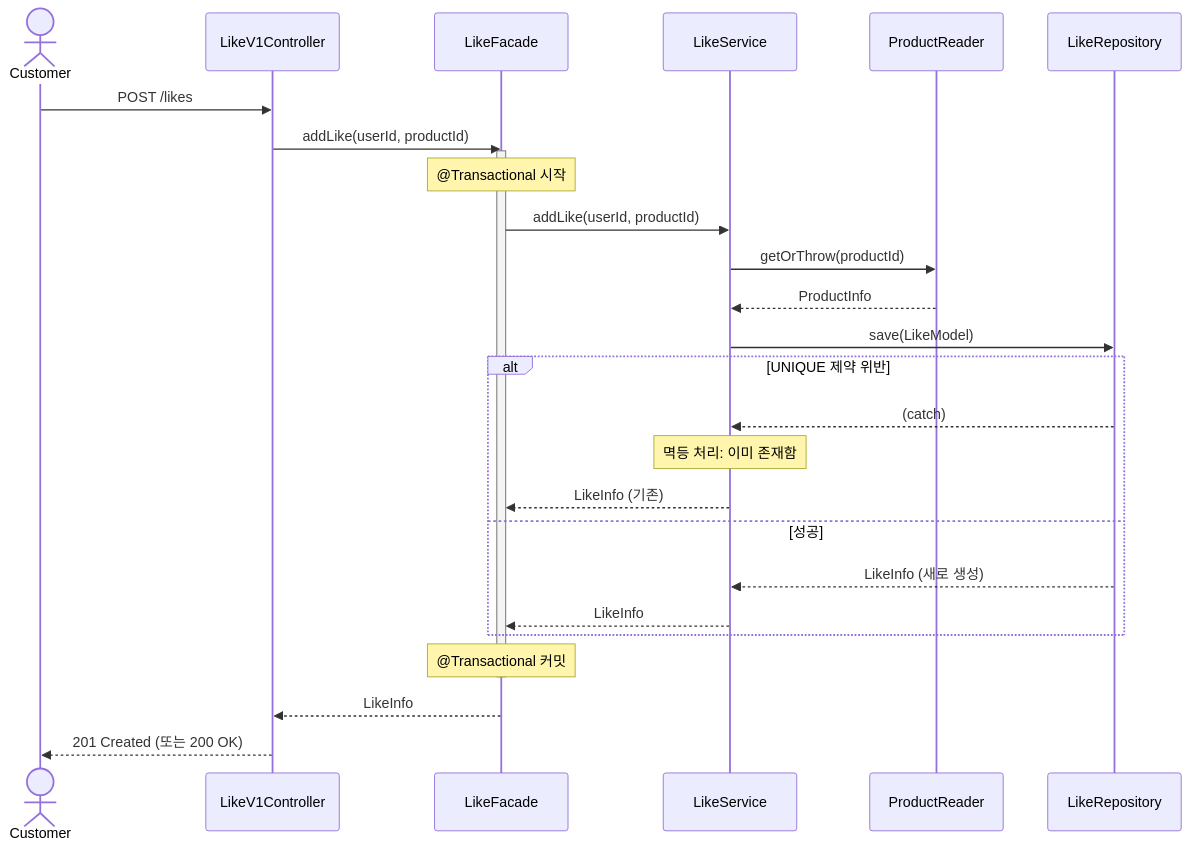
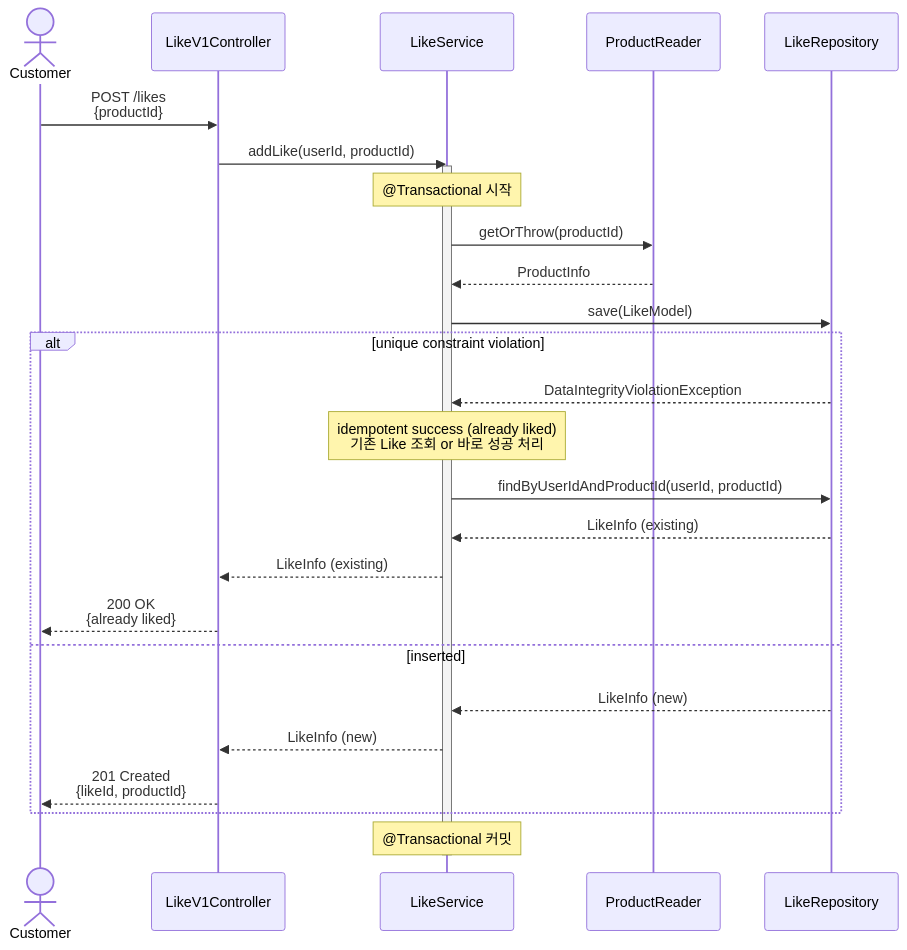
The third of 5 diagrams in docs/design/02-sequence-diagrams.md (YoHanKi/loop-pack-be-l2-vol3-java), drawn with Mermaid before and after one commit. The commit also changed other lines of this file, not shown here.

Commit message:
docs(sequence-diagrams): 시퀀스 다이어 그램 내에 기존 파사드가 Reader, Service를 함께 호출하는 방향에서 Service 만 의존한다면 Facade의 의미가 퇴색되어 삭제.

````diff
--- a/docs/design/02-sequence-diagrams.md
+++ b/docs/design/02-sequence-diagrams.md
@@ -164,39 +158,38 @@
 ```mermaid
 sequenceDiagram
     actor Customer
     participant Controller as LikeV1Controller
-    participant Facade as LikeFacade
     participant LikeService as LikeService
     participant ProductReader as ProductReader
     participant LikeRepo as LikeRepository
 
-    Customer->>Controller: POST /likes
-    Controller->>Facade: addLike(userId, productId)
+    Customer->>Controller: POST /likes<br/>{productId}
+    Controller->>LikeService: addLike(userId, productId)
 
-    activate Facade
-    Note over Facade: @Transactional 시작
+    activate LikeService
+    Note over LikeService: @Transactional 시작
 
-    %% 좋아요 저장
-    Facade->>LikeService: addLike(userId, productId)
-    
-    %% 상품 존재 확인
+%% 상품 존재 확인
     LikeService->>ProductReader: getOrThrow(productId)
     ProductReader-->>LikeService: ProductInfo
-    
+
+%% 좋아요 저장
     LikeService->>LikeRepo: save(LikeModel)
 
-    alt UNIQUE 제약 위반
-        LikeRepo-->>LikeService: (catch)
-        Note over LikeService: 멱등 처리: 이미 존재함
-        LikeService-->>Facade: LikeInfo (기존)
-    else 성공
-        LikeRepo-->>LikeService: LikeInfo (새로 생성)
-        LikeService-->>Facade: LikeInfo
+    alt unique constraint violation
+        LikeRepo-->>LikeService: DataIntegrityViolationException
+        Note over LikeService: idempotent success (already liked)<br/>기존 Like 조회 or 바로 성공 처리
+        LikeService->>LikeRepo: findByUserIdAndProductId(userId, productId)
+        LikeRepo-->>LikeService: LikeInfo (existing)
+        LikeService-->>Controller: LikeInfo (existing)
+        Controller-->>Customer: 200 OK<br/>{already liked}
+    else inserted
+        LikeRepo-->>LikeService: LikeInfo (new)
+        LikeService-->>Controller: LikeInfo (new)
+        Controller-->>Customer: 201 Created<br/>{likeId, productId}
     end
 
-    Note over Facade: @Transactional 커밋
-    deactivate Facade
+    Note over LikeService: @Transactional 커밋
+    deactivate LikeService
 
-    Facade-->>Controller: LikeInfo
-    Controller-->>Customer: 201 Created (또는 200 OK)
 ```
````
